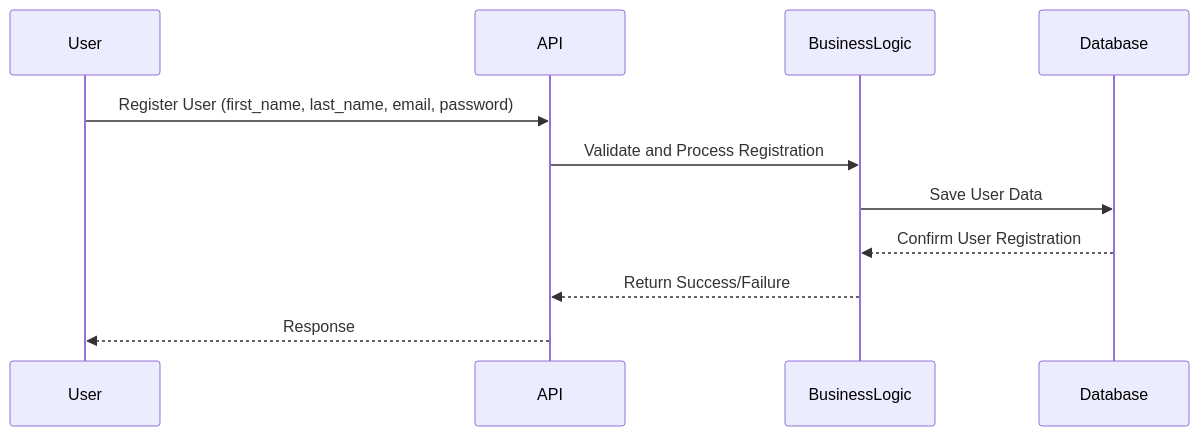
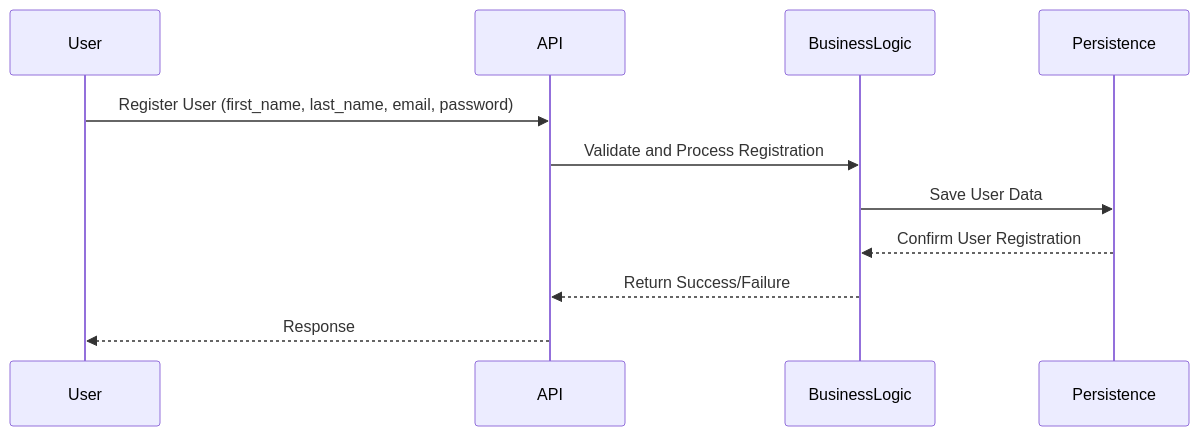
One commit to SDINAHET/HBnB changed the third of 6 diagrams in Part1_UML/README.md. Above: the diagram before and after it, drawn with Mermaid. The commit also changed other lines of this file and 1 other file, not shown here.

````diff
--- a/Part1_UML/README.md
+++ b/Part1_UML/README.md
@@ -172,14 +172,14 @@
 ```mermaid
 sequenceDiagram
 participant User
 participant API
 participant BusinessLogic
-participant Database
+participant Persistence
 
 User->>API: Register User (first_name, last_name, email, password)
 API->>BusinessLogic: Validate and Process Registration
-BusinessLogic->>Database: Save User Data
-Database-->>BusinessLogic: Confirm User Registration
+BusinessLogic->>Persistence: Save User Data
+Persistence-->>BusinessLogic: Confirm User Registration
 BusinessLogic-->>API: Return Success/Failure
 API-->>User: Response
 ```
````
